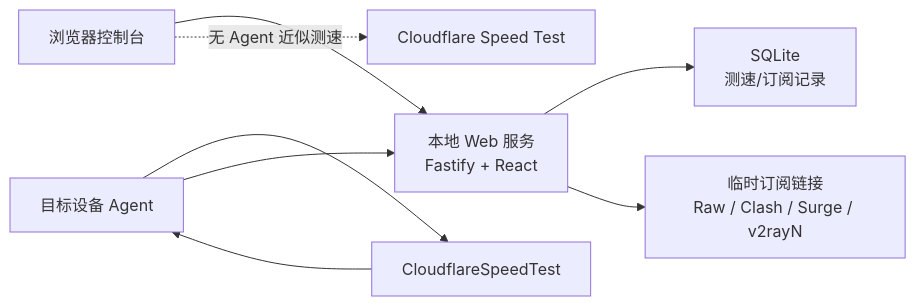
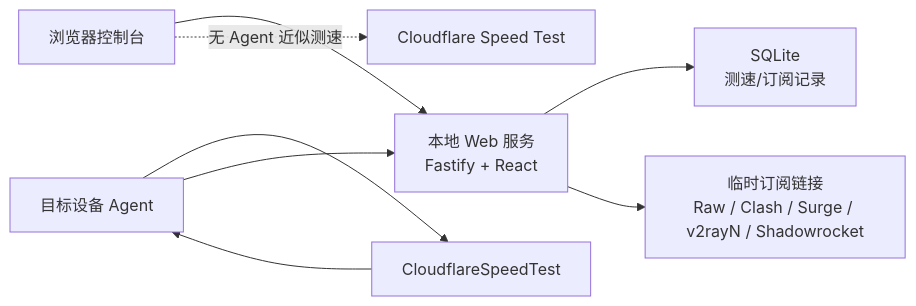
One commit to FranCOOlin/cloudflare-cdn-sub changed the diagram in README.md. Above: the diagram before and after it, drawn with Mermaid. The commit also changed other lines of this file and 5 other files, not shown here.

Commit message:
fix copy button & add shadowrocket sub

````diff
--- a/README.md
+++ b/README.md
@@ -61,10 +61,10 @@
 ```mermaid
 flowchart LR
   Browser["浏览器控制台"] --> Server["本地 Web 服务<br>Fastify + React"]
   Server --> DB["SQLite<br>测速/订阅记录"]
   Agent["目标设备 Agent"] --> CFST["CloudflareSpeedTest"]
   CFST --> Agent
   Agent --> Server
-  Server --> Sub["临时订阅链接<br>Raw / Clash / Surge / v2rayN"]
+  Server --> Sub["临时订阅链接<br>Raw / Clash / Surge / v2rayN / Shadowrocket"]
   Browser -. 无 Agent 近似测速 .-> CF["Cloudflare Speed Test"]
 ```
````
